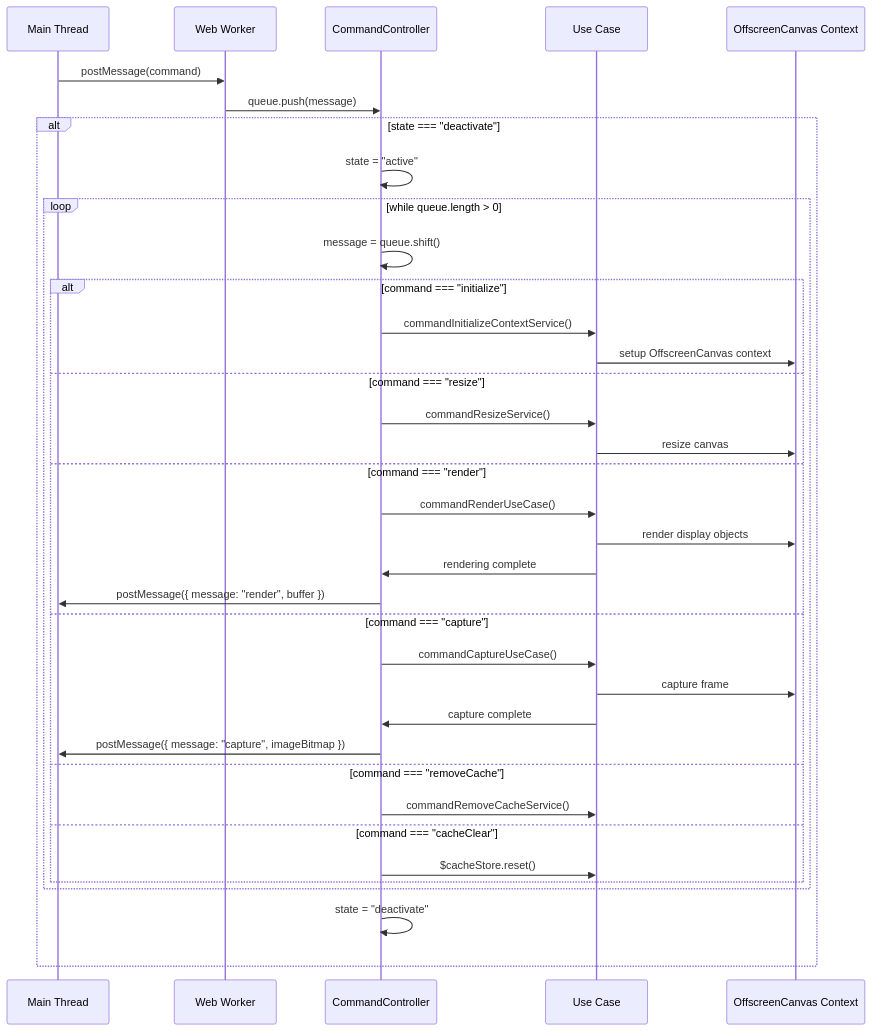
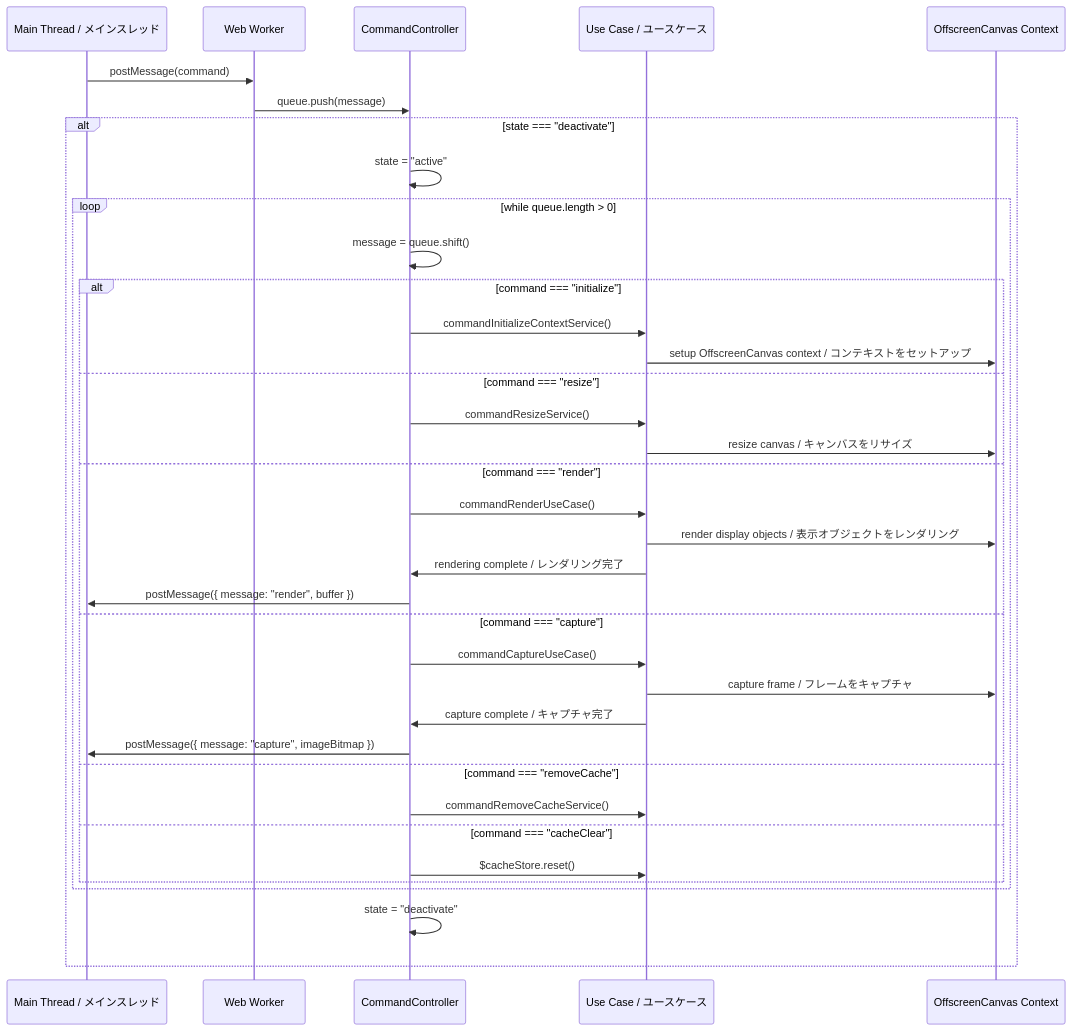
The diagram in packages/renderer/README.md (Next2D/player), drawn with Mermaid before and after one commit. The commit also changed other lines of this file and 2 other files, not shown here.

````diff
--- a/packages/renderer/README.md
+++ b/packages/renderer/README.md
@@ -92,41 +92,41 @@
 ```mermaid
 sequenceDiagram
-    participant MT as Main Thread
+    participant MT as Main Thread / メインスレッド
     participant WW as Web Worker
     participant CC as CommandController
-    participant UC as Use Case
+    participant UC as Use Case / ユースケース
     participant Ctx as OffscreenCanvas Context
 
     MT->>WW: postMessage(command)
     WW->>CC: queue.push(message)
 
     alt state === "deactivate"
         CC->>CC: state = "active"
         loop while queue.length > 0
             CC->>CC: message = queue.shift()
 
             alt command === "initialize"
                 CC->>UC: commandInitializeContextService()
-                UC->>Ctx: setup OffscreenCanvas context
+                UC->>Ctx: setup OffscreenCanvas context / コンテキストをセットアップ
             else command === "resize"
                 CC->>UC: commandResizeService()
-                UC->>Ctx: resize canvas
+                UC->>Ctx: resize canvas / キャンバスをリサイズ
             else command === "render"
                 CC->>UC: commandRenderUseCase()
-                UC->>Ctx: render display objects
-                UC->>CC: rendering complete
+                UC->>Ctx: render display objects / 表示オブジェクトをレンダリング
+                UC->>CC: rendering complete / レンダリング完了
                 CC->>MT: postMessage({ message: "render", buffer })
             else command === "capture"
                 CC->>UC: commandCaptureUseCase()
-                UC->>Ctx: capture frame
-                UC->>CC: capture complete
+                UC->>Ctx: capture frame / フレームをキャプチャ
+                UC->>CC: capture complete / キャプチャ完了
                 CC->>MT: postMessage({ message: "capture", imageBitmap })
             else command === "removeCache"
                 CC->>UC: commandRemoveCacheService()
             else command === "cacheClear"
                 CC->>UC: $cacheStore.reset()
             end
         end
         CC->>CC: state = "deactivate"
     end
 ```
````
